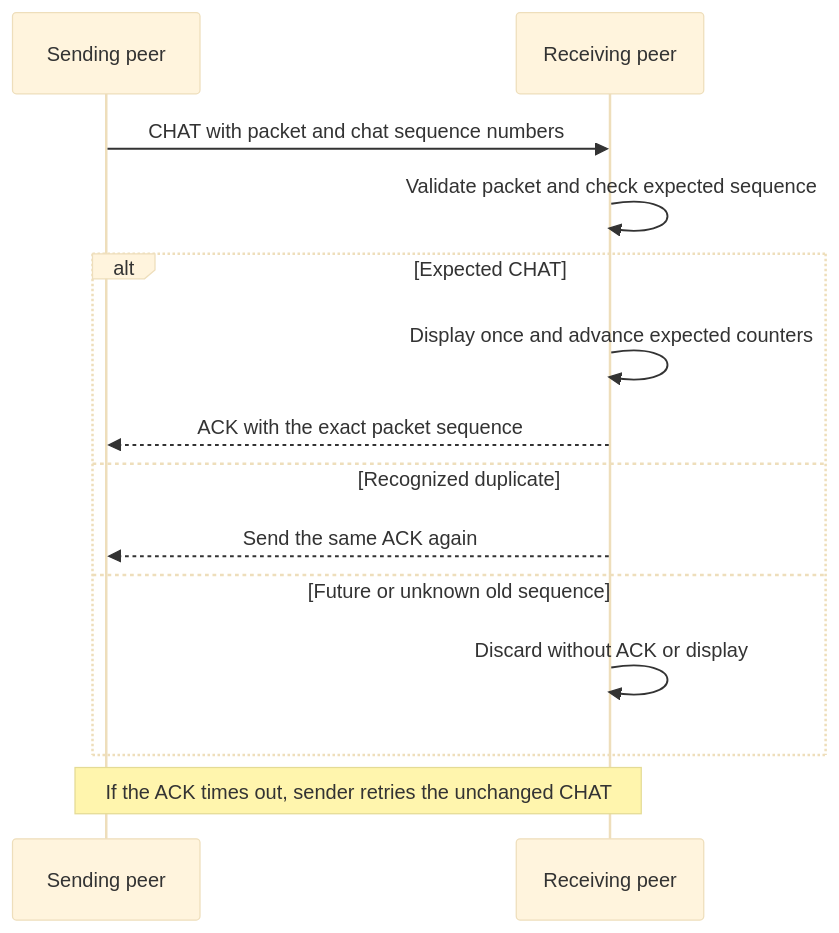
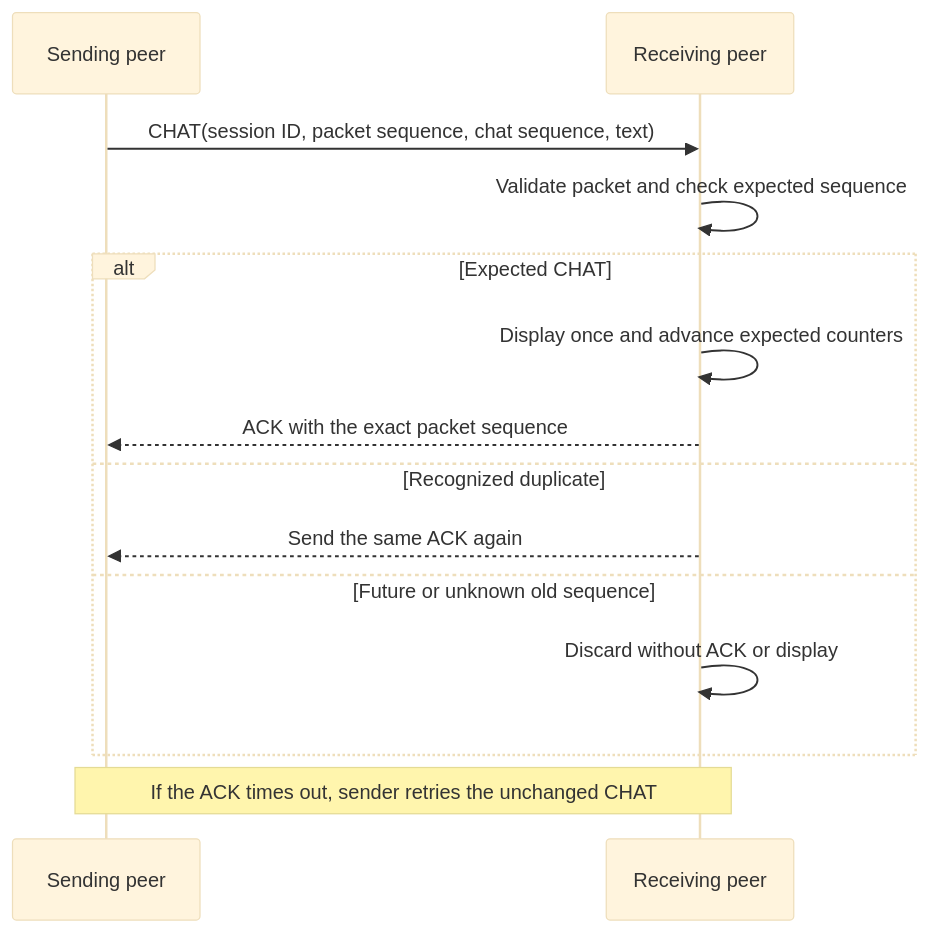
The second of 3 diagrams in Readme.md (usman-irshad1/p2p), drawn with Mermaid (base theme) before and after one commit. The commit also changed other lines of this file and 9 other files, not shown here.

````diff
--- a/Readme.md
+++ b/Readme.md
@@ -132,16 +149,16 @@
 ```mermaid
 sequenceDiagram
     participant S as Sending peer
     participant R as Receiving peer
-    S->>R: CHAT with packet and chat sequence numbers
+    S->>R: CHAT(session ID, packet sequence, chat sequence, text)
     R->>R: Validate packet and check expected sequence
     alt Expected CHAT
         R->>R: Display once and advance expected counters
         R-->>S: ACK with the exact packet sequence
     else Recognized duplicate
         R-->>S: Send the same ACK again
     else Future or unknown old sequence
         R->>R: Discard without ACK or display
     end
     Note over S,R: If the ACK times out, sender retries the unchanged CHAT
 ```
````
